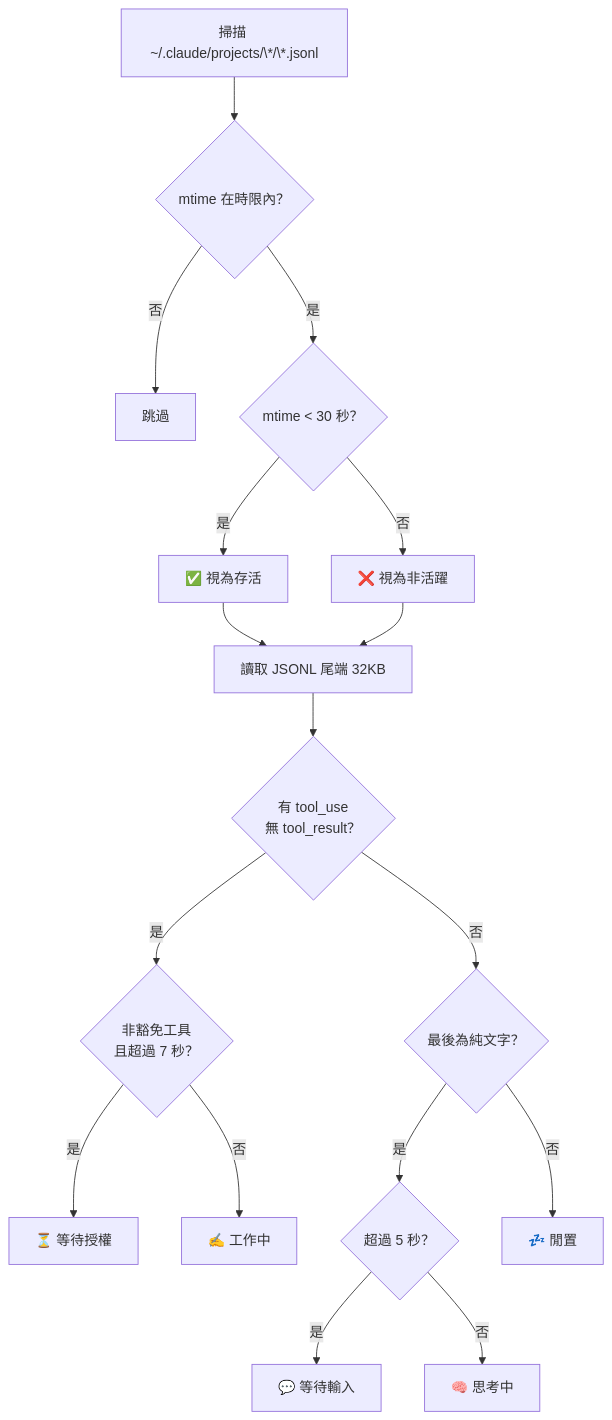
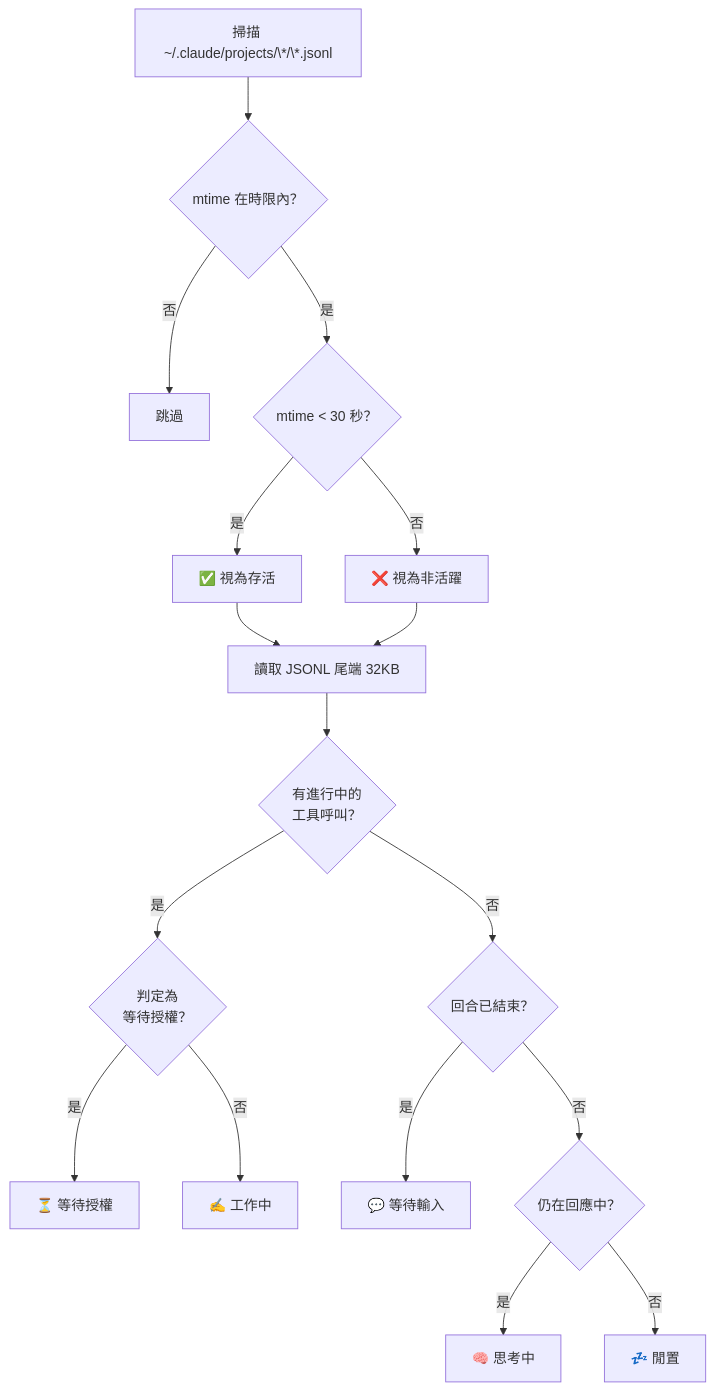
The second of 2 diagrams in README.md (linziyou0601/claude-dashboard), drawn with Mermaid before and after one commit. The commit also changed other lines of this file and 5 other files, not shown here.

````diff
--- a/README.md
+++ b/README.md
@@ -77,19 +77,19 @@
 ```mermaid
 flowchart TD
     A["掃描 ~/.claude/projects/\*/\*.jsonl"] --> B{"mtime 在時限內？"}
     B -- 否 --> Z["跳過"]
     B -- 是 --> C{"mtime < 30 秒？"}
     C -- 是 --> D["✅ 視為存活"]
     C -- 否 --> E["❌ 視為非活躍"]
     D --> J["讀取 JSONL 尾端 32KB"]
     E --> J
-    J --> K{"有 tool_use<br/>無 tool_result？"}
-    K -- 是 --> L{"非豁免工具<br/>且超過 7 秒？"}
+    J --> K{"有進行中的<br/>工具呼叫？"}
+    K -- 是 --> L{"判定為<br/>等待授權？"}
     L -- 是 --> M["⏳ 等待授權"]
     L -- 否 --> N["✍ 工作中"]
-    K -- 否 --> O{"最後為純文字？"}
-    O -- 是 --> P{"超過 5 秒？"}
-    P -- 是 --> Q["💬 等待輸入"]
-    P -- 否 --> R["🧠 思考中"]
-    O -- 否 --> S["💤 閒置"]
+    K -- 否 --> O{"回合已結束？"}
+    O -- 是 --> Q["💬 等待輸入"]
+    O -- 否 --> P{"仍在回應中？"}
+    P -- 是 --> R["🧠 思考中"]
+    P -- 否 --> S["💤 閒置"]
 ```
````
